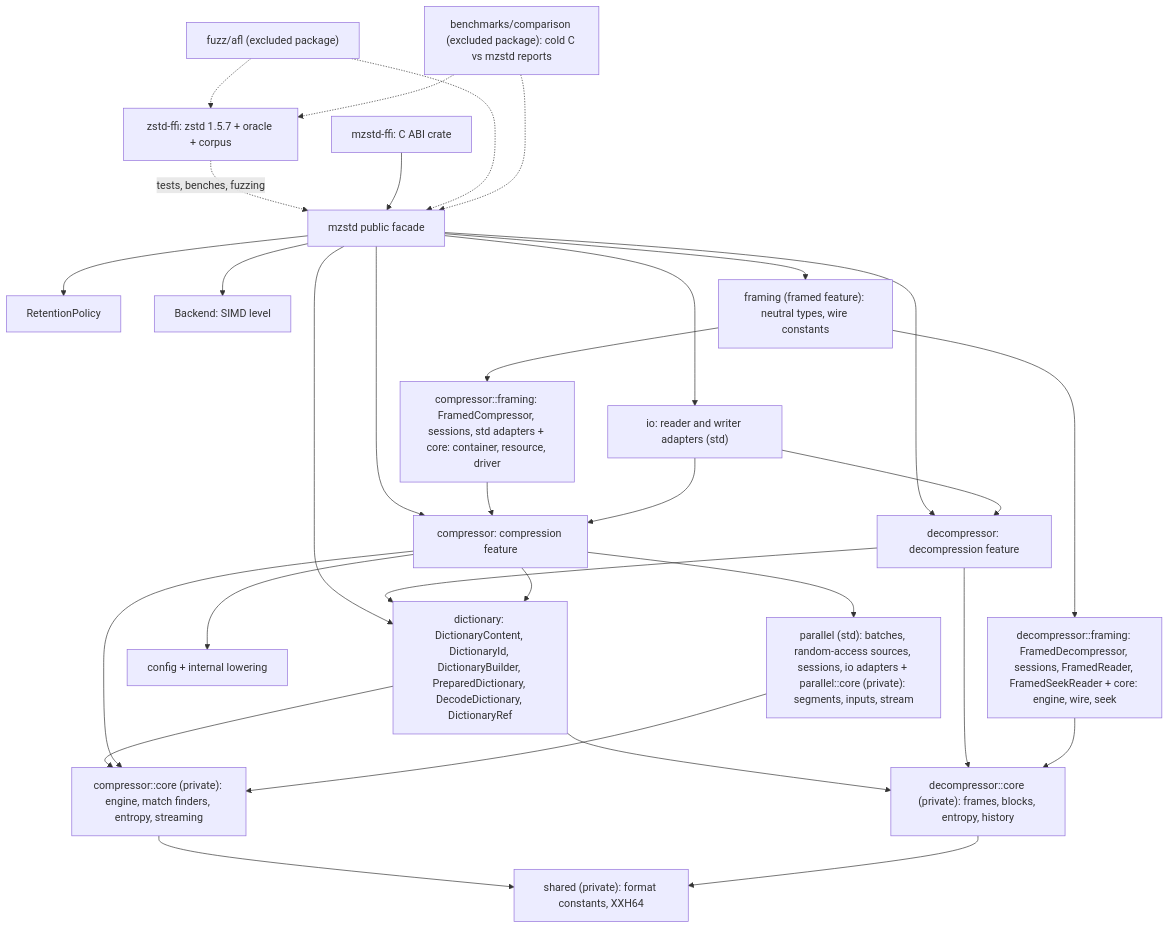
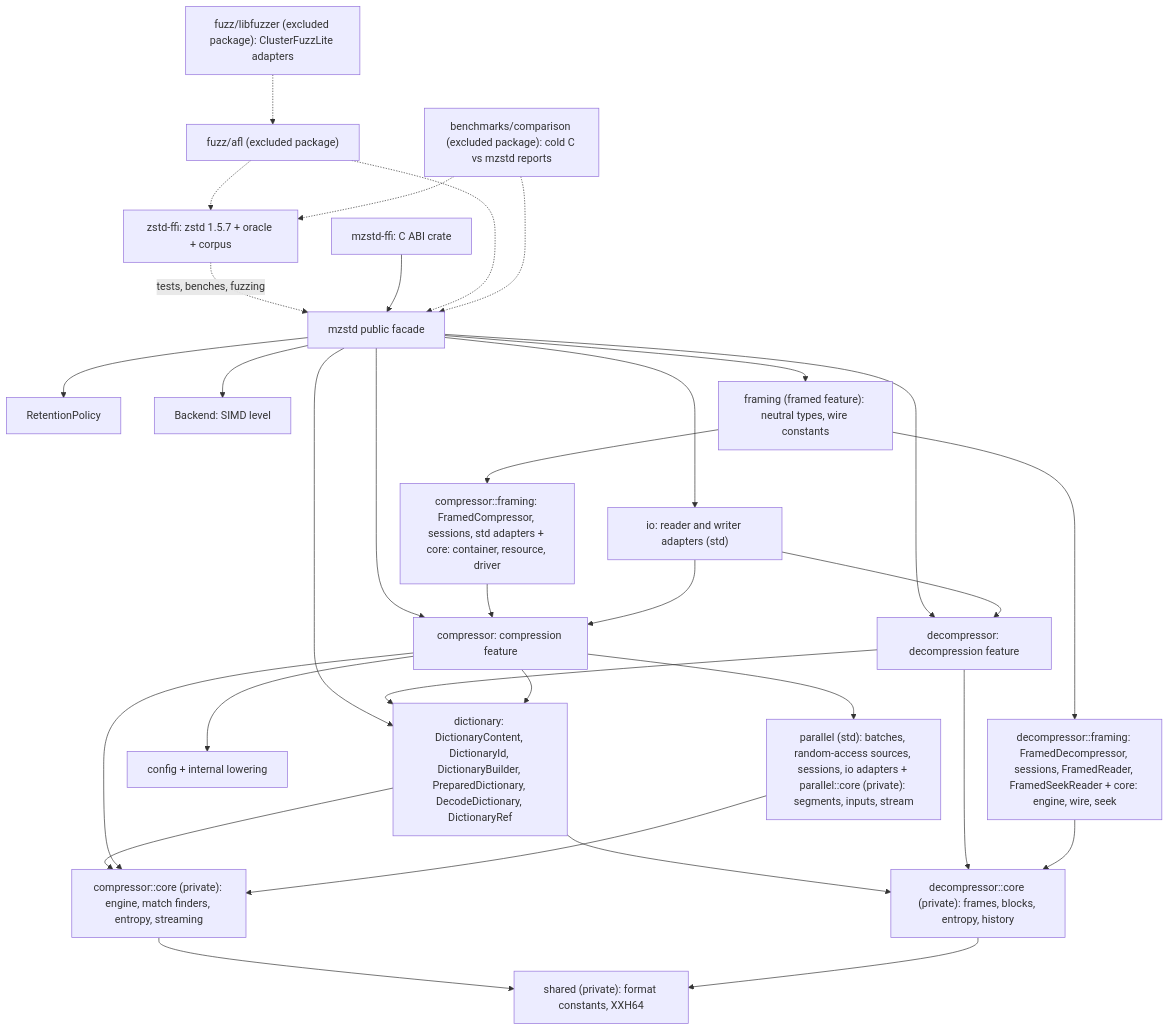
Before and after one commit to M-Compressors/mzstd: the diagram in architecture/README.md, drawn with Mermaid. The commit also changed other lines of this file and 33 other files, not shown here.

````diff
--- a/architecture/README.md
+++ b/architecture/README.md
@@ -11,33 +11,34 @@
 ```mermaid
 graph TD
     Root[mzstd public facade] --> Encode[compressor: compression feature]
     Root --> Decode[decompressor: decompression feature]
     Root --> Ret[RetentionPolicy]
     Root --> Back[Backend: SIMD level]
     Root --> IO["io: reader and writer adapters (std)"]
     Root --> Dict["dictionary: DictionaryContent, DictionaryId, DictionaryBuilder, PreparedDictionary, DecodeDictionary, DictionaryRef"]
     Decode --> Dict
     Encode --> Dict
     Dict --> DCore
     Dict --> ECore
     Encode --> Cfg[config + internal lowering]
     Encode --> ECore["compressor::core (private): engine, match finders, entropy, streaming"]
     Encode --> Par["parallel (std): batches, random-access sources, sessions, io adapters + parallel::core (private): segments, inputs, stream"]
     Par --> ECore
     Decode --> DCore["decompressor::core (private): frames, blocks, entropy, history"]
     Root --> Framing["framing (framed feature): neutral types, wire constants"]
     Framing --> FEnc["compressor::framing: FramedCompressor, sessions, std adapters + core: container, resource, driver"]
     Framing --> FDec["decompressor::framing: FramedDecompressor, sessions, FramedReader, FramedSeekReader + core: engine, wire, seek"]
     FEnc --> Encode
     FDec --> DCore
     ECore --> Shared["shared (private): format constants, XXH64"]
     DCore --> Shared
     IO --> Encode
     IO --> Decode
     Ref["zstd-ffi: zstd 1.5.7 + oracle + corpus"] -. tests, benches, fuzzing .-> Root
     CABI["mzstd-ffi: C ABI crate"] --> Root
     Fuzz["fuzz/afl (excluded package)"] -.-> Root
     Fuzz -.-> Ref
+    LibFuzz["fuzz/libfuzzer (excluded package): ClusterFuzzLite adapters"] -.-> Fuzz
     Cmp["benchmarks/comparison (excluded package): cold C vs mzstd reports"] -.-> Root
     Cmp -.-> Ref
 ```
````
